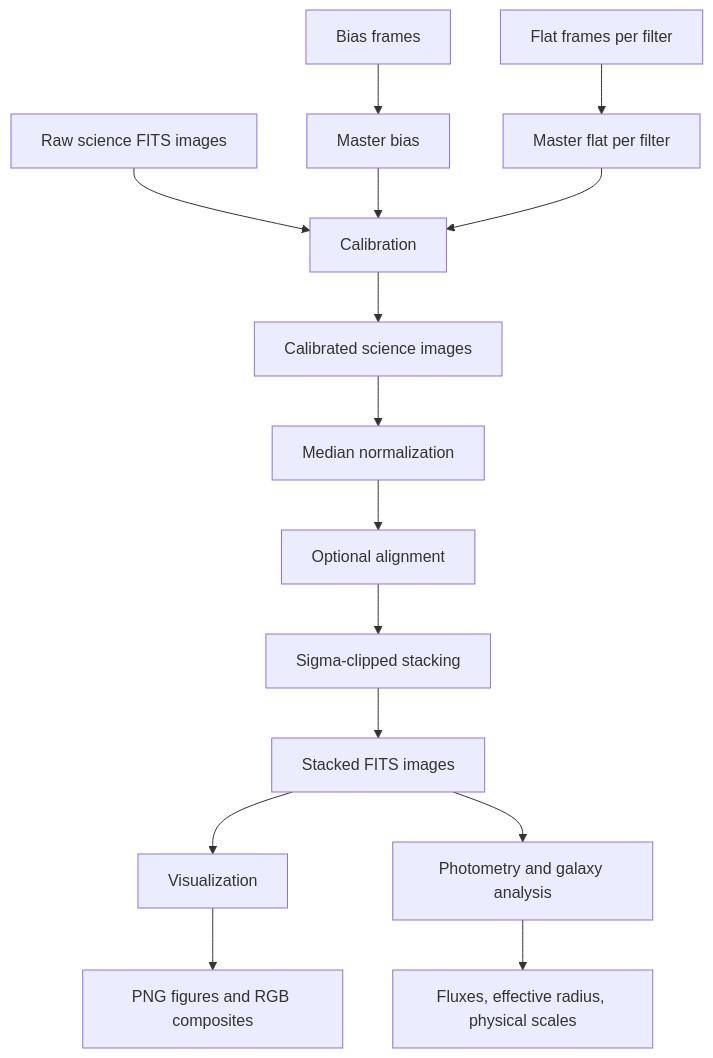
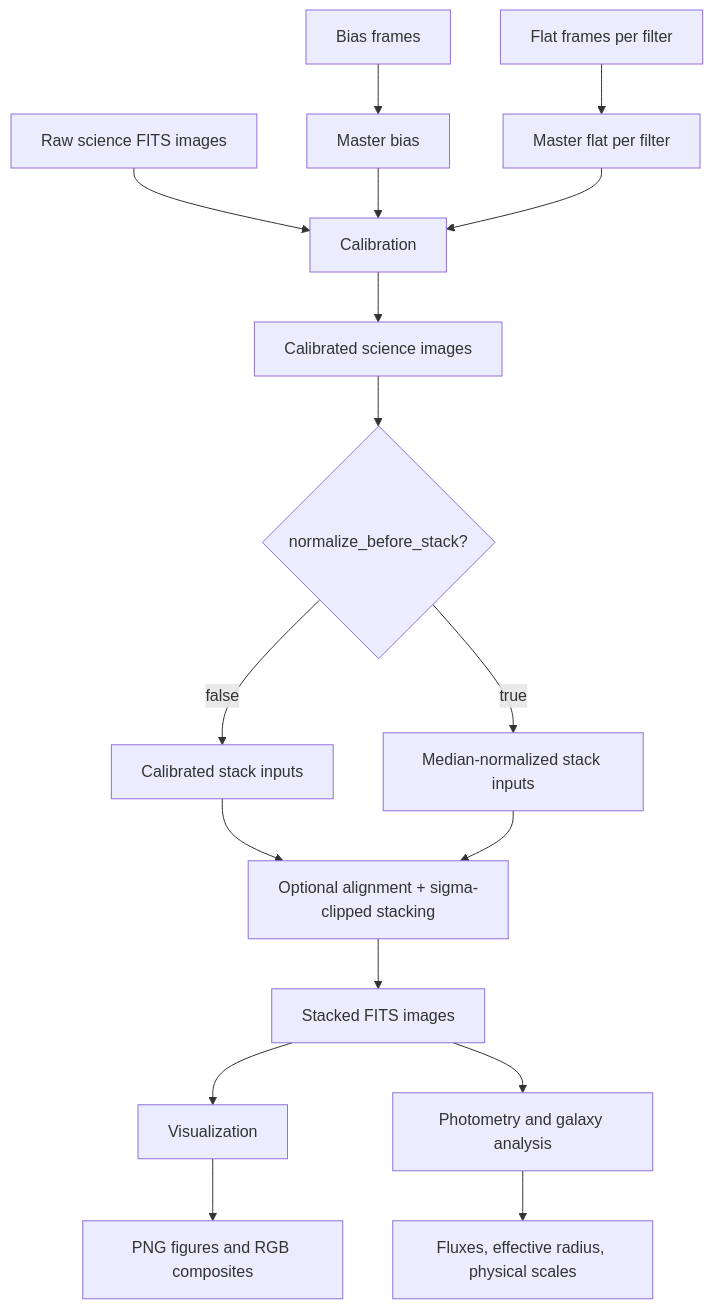
Before and after one commit to DedeAssann/Astro: the first of 2 diagrams in docs/architecture.md, drawn with Mermaid. The commit also changed other lines of this file and 8 other files, not shown here.

````diff
--- a/docs/architecture.md
+++ b/docs/architecture.md
@@ -12,17 +12,19 @@
 ```mermaid
 flowchart TD
     A[Raw science FITS images] --> B[Calibration]
     C[Bias frames] --> D[Master bias]
     E[Flat frames per filter] --> F[Master flat per filter]
     D --> B
     F --> B
     B --> G[Calibrated science images]
-    G --> H[Median normalization]
-    H --> I[Optional alignment]
-    I --> J[Sigma-clipped stacking]
+    G --> H{normalize_before_stack?}
+    H -->|false| I[Calibrated stack inputs]
+    H -->|true| I2[Median-normalized stack inputs]
+    I --> J[Optional alignment + sigma-clipped stacking]
+    I2 --> J
     J --> K[Stacked FITS images]
     K --> L[Visualization]
     K --> M[Photometry and galaxy analysis]
     L --> N[PNG figures and RGB composites]
     M --> O[Fluxes, effective radius, physical scales]
 ```
````
